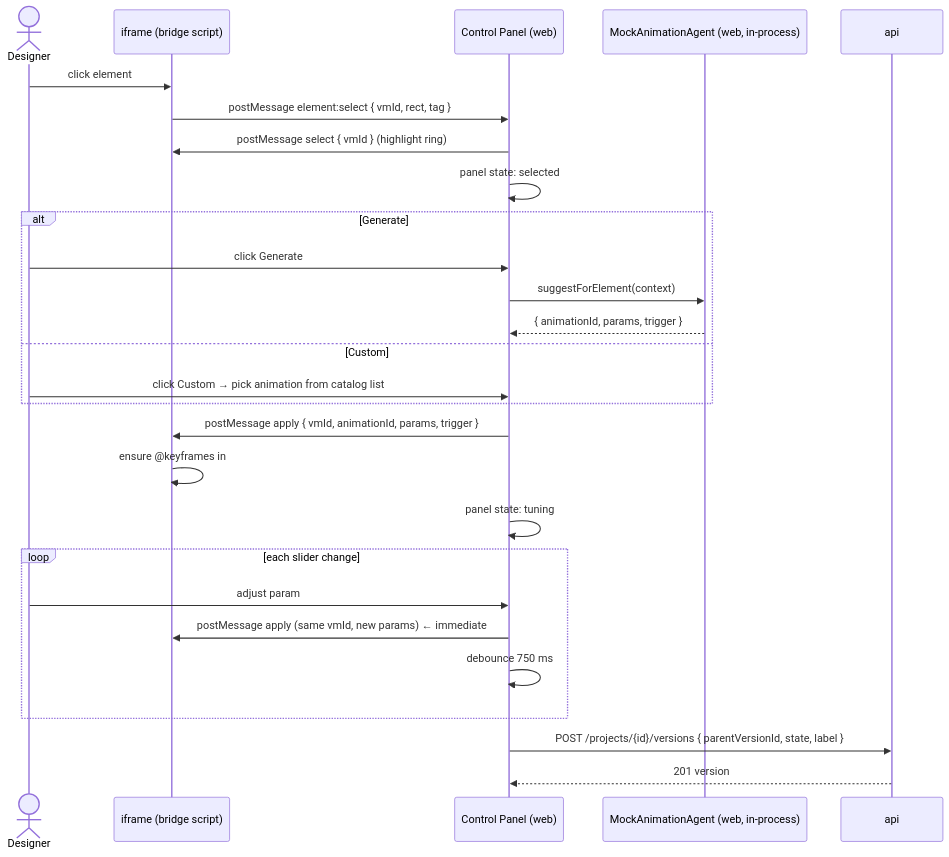
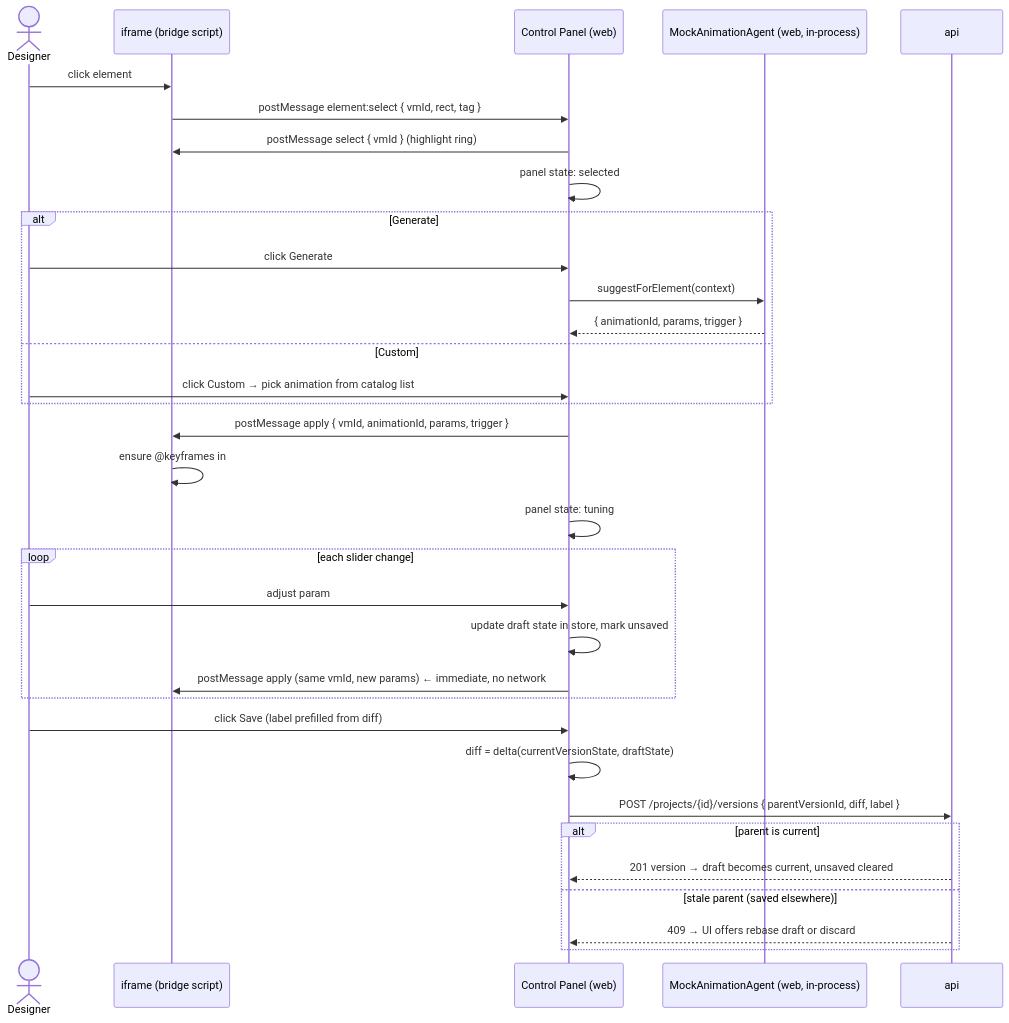
Before and after one commit to ludaxkris/vibe_motion: the fourth of 10 diagrams in docs/architecture.md, drawn with Mermaid. The commit also changed other lines of this file and 10 other files, not shown here.

First line of the commit message:
docs: diff-based versioning on explicit Save, pr_screenshot branch, user flow

````diff
--- a/docs/architecture.md
+++ b/docs/architecture.md
@@ -84,33 +84,40 @@
 ```mermaid
 sequenceDiagram
   actor D as Designer
   participant F as iframe (bridge script)
   participant W as Control Panel (web)
   participant M as MockAnimationAgent (web, in-process)
   participant A as api
 
   D->>F: click element
   F->>W: postMessage element:select { vmId, rect, tag }
   W->>F: postMessage select { vmId }  (highlight ring)
   W->>W: panel state: selected
 
   alt Generate
     D->>W: click Generate
     W->>M: suggestForElement(context)
     M-->>W: { animationId, params, trigger }
   else Custom
     D->>W: click Custom → pick animation from catalog list
   end
 
   W->>F: postMessage apply { vmId, animationId, params, trigger }
   F->>F: ensure @keyframes in #vm-runtime,<br/>set inline animation-* and --vm-* on element
   W->>W: panel state: tuning
 
   loop each slider change
     D->>W: adjust param
-    W->>F: postMessage apply (same vmId, new params)   ← immediate
-    W->>W: debounce 750 ms
+    W->>W: update draft state in store, mark unsaved
+    W->>F: postMessage apply (same vmId, new params)   ← immediate, no network
   end
-  W->>A: POST /projects/{id}/versions { parentVersionId, state, label }
-  A-->>W: 201 version
+
+  D->>W: click Save (label prefilled from diff)
+  W->>W: diff = delta(currentVersionState, draftState)
+  W->>A: POST /projects/{id}/versions { parentVersionId, diff, label }
+  alt parent is current
+    A-->>W: 201 version → draft becomes current, unsaved cleared
+  else stale parent (saved elsewhere)
+    A-->>W: 409 → UI offers rebase draft or discard
+  end
 ```
````
